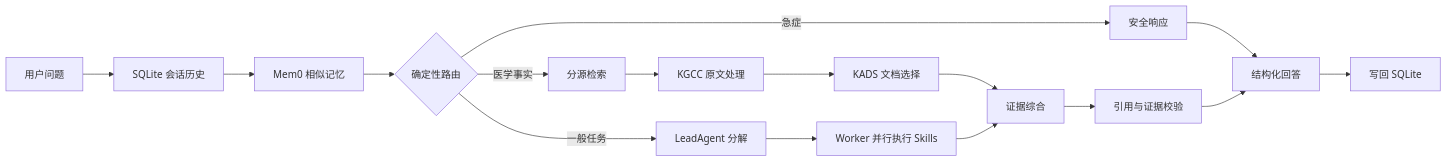
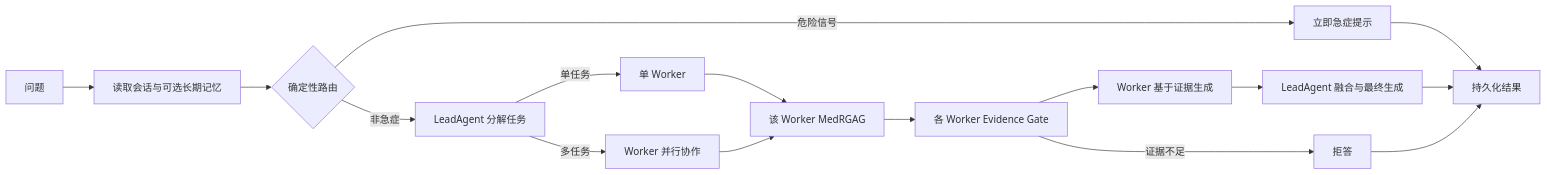
Before and after one commit to aizhao/Medix: the third of 4 diagrams in README.md, drawn with Mermaid. The commit also changed other lines of this file and 19 other files, not shown here.

````diff
--- a/README.md
+++ b/README.md
@@ -186,18 +367,18 @@
-~~~mermaid
+```mermaid
 flowchart LR
-    Q[用户问题] --> M[SQLite 会话历史]
-    M --> L[Mem0 相似记忆]
-    L --> R{确定性路由}
-    R -->|急症| U[安全响应]
-    R -->|医学事实| S[分源检索]
-    S --> K[KGCC 原文处理]
-    K --> D[KADS 文档选择]
-    D --> G[证据综合]
-    R -->|一般任务| A[LeadAgent 分解]
-    A --> W[Worker 并行执行 Skills]
-    W --> G
-    G --> V[引用与证据校验]
-    U --> O[结构化回答]
-    V --> O
-    O --> P[写回 SQLite]
-~~~
+    Q[问题] --> H[读取会话与可选长期记忆]
+    H --> R{确定性路由}
+    R -->|危险信号| U[立即急症提示]
+    R -->|非急症| L[LeadAgent 分解任务]
+    L -->|单任务| A[单 Worker]
+    L -->|多任务| S[Worker 并行协作]
+    A --> M[该 Worker MedRGAG]
+    S --> M
+    M --> G[各 Worker Evidence Gate]
+    G --> W[Worker 基于证据生成]
+    W --> O[LeadAgent 融合与最终生成]
+    G -->|证据不足| F[拒答]
+    U --> Save[持久化结果]
+    O --> Save
+    F --> Save
+```
````
